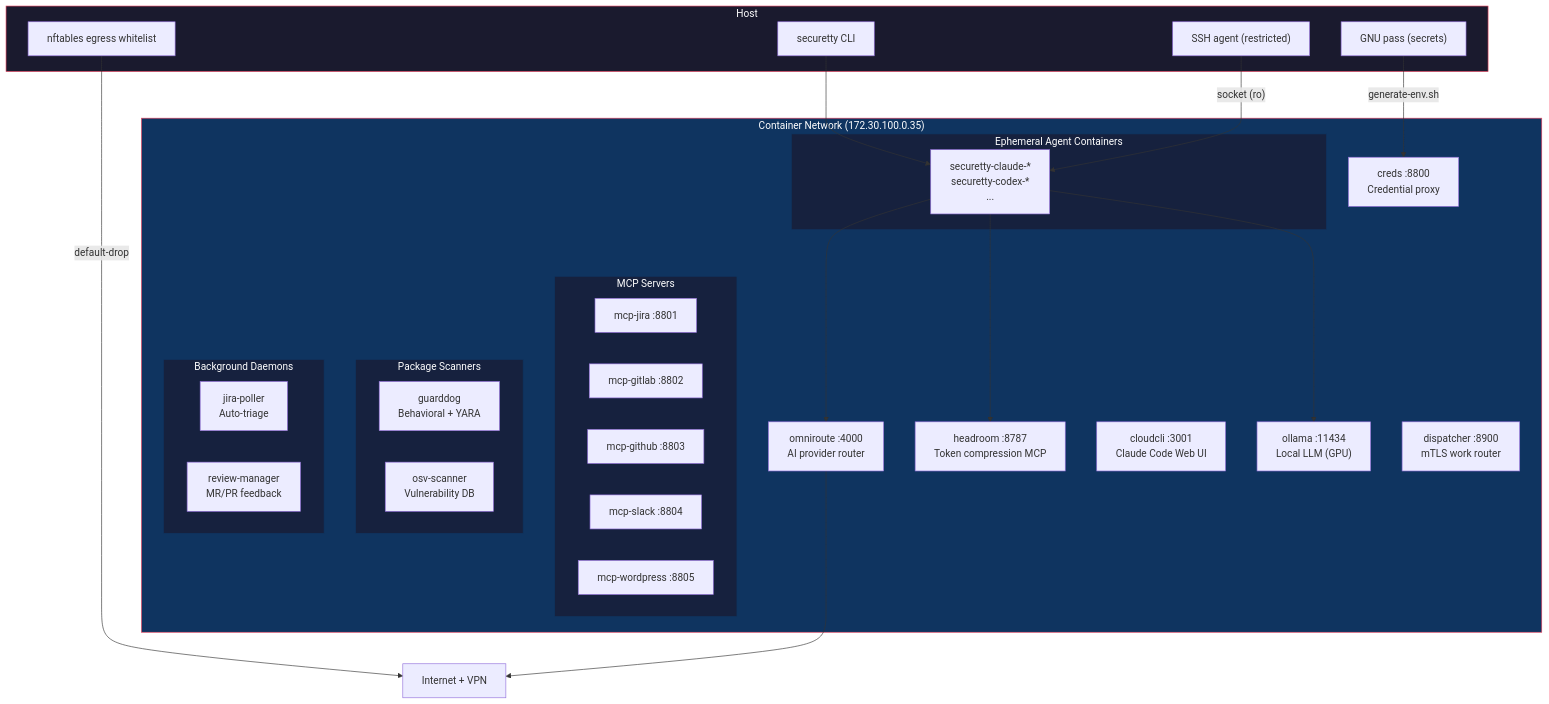
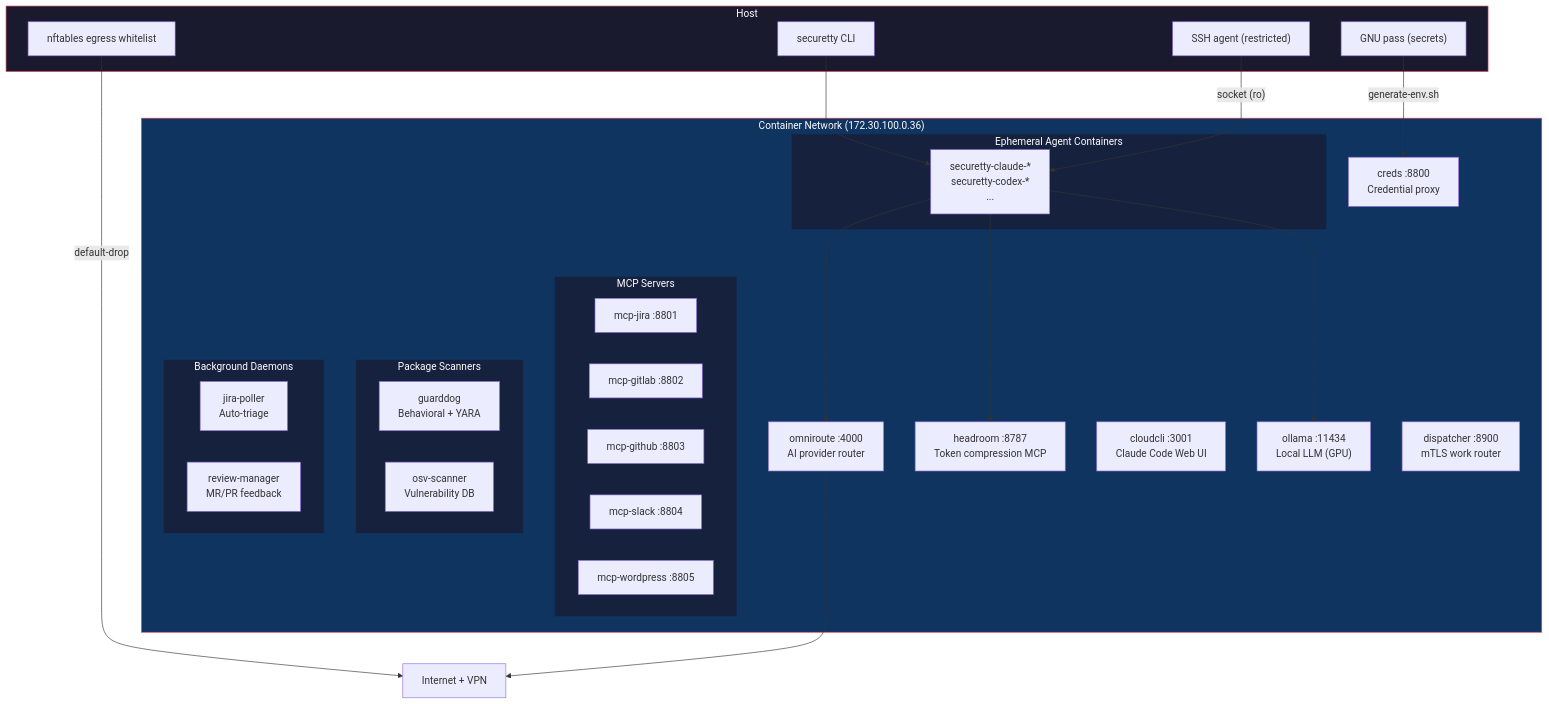
The first of 2 diagrams in README.md (dmzoneill/securetty), drawn with Mermaid before and after one commit. The commit also changed 1 other file, not shown here.

Commit message:
chore: bump version to v0.0.36

````diff
--- a/README.md
+++ b/README.md
@@ -11,58 +11,58 @@
 ```mermaid
 graph TD
     Internet["Internet + VPN"]
 
     subgraph host["Host"]
         CLI["securetty CLI"]
         SSHAgent["SSH agent (restricted)"]
         Pass["GNU pass (secrets)"]
         Egress["nftables egress whitelist"]
     end
 
-    subgraph network["Container Network (172.30.100.0.35)"]
+    subgraph network["Container Network (172.30.100.0.36)"]
         OmniRoute["omniroute :4000\nAI provider router"]
         Headroom["headroom :8787\nToken compression MCP"]
         CloudCLI["cloudcli :3001\nClaude Code Web UI"]
         Ollama["ollama :11434\nLocal LLM (GPU)"]
         Creds["creds :8800\nCredential proxy"]
         Dispatcher["dispatcher :8900\nmTLS work router"]
 
         subgraph mcp["MCP Servers"]
             Jira["mcp-jira :8801"]
             GitLab["mcp-gitlab :8802"]
             GitHub["mcp-github :8803"]
             Slack["mcp-slack :8804"]
             WordPress["mcp-wordpress :8805"]
         end
 
         subgraph scanners["Package Scanners"]
             GuardDog["guarddog\nBehavioral + YARA"]
             OSV["osv-scanner\nVulnerability DB"]
         end
 
         subgraph agents["Ephemeral Agent Containers"]
             Dev["securetty-claude-*\nsecuretty-codex-*\n..."]
         end
 
         subgraph daemons["Background Daemons"]
             JiraPoller["jira-poller\nAuto-triage"]
             ReviewMgr["review-manager\nMR/PR feedback"]
         end
     end
 
     CLI --> Dev
     Pass -->|"generate-env.sh"| Creds
     SSHAgent -->|"socket (ro)"| Dev
     Egress -->|"default-drop"| Internet
     Dev --> OmniRoute
     Dev --> Headroom
     Dev --> Ollama
     OmniRoute --> Internet
 
     style network fill:#0f3460,stroke:#e94560,color:#fff
     style host fill:#1a1a2e,stroke:#e94560,color:#fff
     style mcp fill:#16213e,stroke:#0f3460,color:#fff
     style scanners fill:#16213e,stroke:#0f3460,color:#fff
     style agents fill:#16213e,stroke:#0f3460,color:#fff
     style daemons fill:#16213e,stroke:#0f3460,color:#fff
 ```
````
